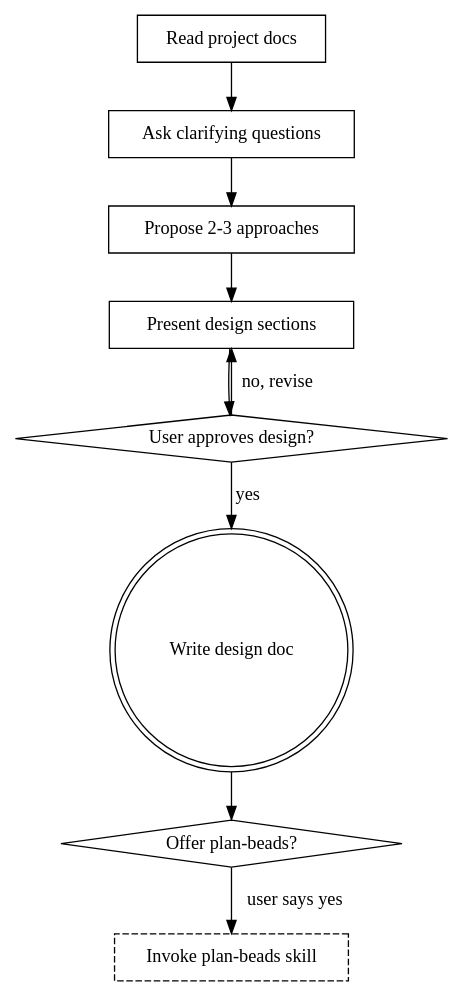
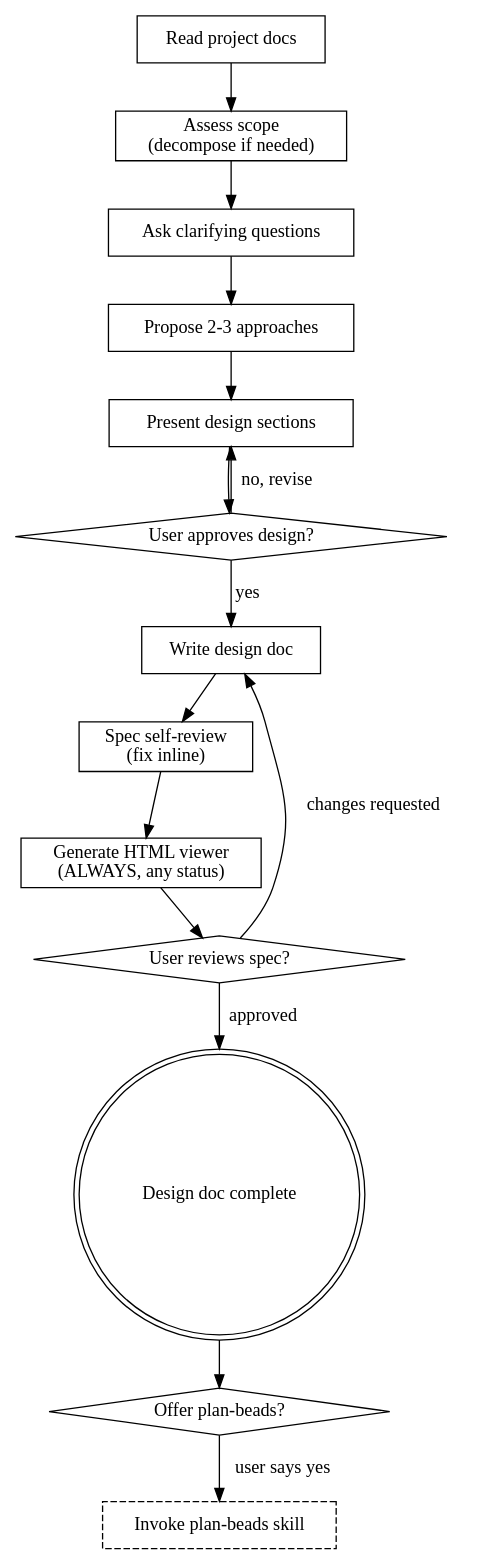
Before and after one commit to trungtnm/claude-code-utils: the diagram in plugins/skills/brainstorming/SKILL.md, drawn with Graphviz. The commit also changed other lines of this file and 7 other files, not shown here.

First line of the commit message:
feat(brainstorming): scope assessment, visual companion, spec review gates

````diff
--- a/plugins/skills/brainstorming/SKILL.md
+++ b/plugins/skills/brainstorming/SKILL.md
@@ -35,21 +40,32 @@
 ```dot
 digraph brainstorming {
     "Read project docs" [shape=box];
+    "Assess scope\n(decompose if needed)" [shape=box];
     "Ask clarifying questions" [shape=box];
     "Propose 2-3 approaches" [shape=box];
     "Present design sections" [shape=box];
     "User approves design?" [shape=diamond];
-    "Write design doc" [shape=doublecircle];
+    "Write design doc" [shape=box];
+    "Spec self-review\n(fix inline)" [shape=box];
+    "Generate HTML viewer\n(ALWAYS, any status)" [shape=box];
+    "User reviews spec?" [shape=diamond];
+    "Design doc complete" [shape=doublecircle];
     "Offer plan-beads?" [shape=diamond];
     "Invoke plan-beads skill" [shape=box, style=dashed];
 
-    "Read project docs" -> "Ask clarifying questions";
+    "Read project docs" -> "Assess scope\n(decompose if needed)";
+    "Assess scope\n(decompose if needed)" -> "Ask clarifying questions";
     "Ask clarifying questions" -> "Propose 2-3 approaches";
     "Propose 2-3 approaches" -> "Present design sections";
     "Present design sections" -> "User approves design?";
     "User approves design?" -> "Present design sections" [label="no, revise"];
     "User approves design?" -> "Write design doc" [label="yes"];
-    "Write design doc" -> "Offer plan-beads?";
+    "Write design doc" -> "Spec self-review\n(fix inline)";
+    "Spec self-review\n(fix inline)" -> "Generate HTML viewer\n(ALWAYS, any status)";
+    "Generate HTML viewer\n(ALWAYS, any status)" -> "User reviews spec?";
+    "User reviews spec?" -> "Write design doc" [label="changes requested"];
+    "User reviews spec?" -> "Design doc complete" [label="approved"];
+    "Design doc complete" -> "Offer plan-beads?";
     "Offer plan-beads?" -> "Invoke plan-beads skill" [label="user says yes"];
 }
 ```
````
